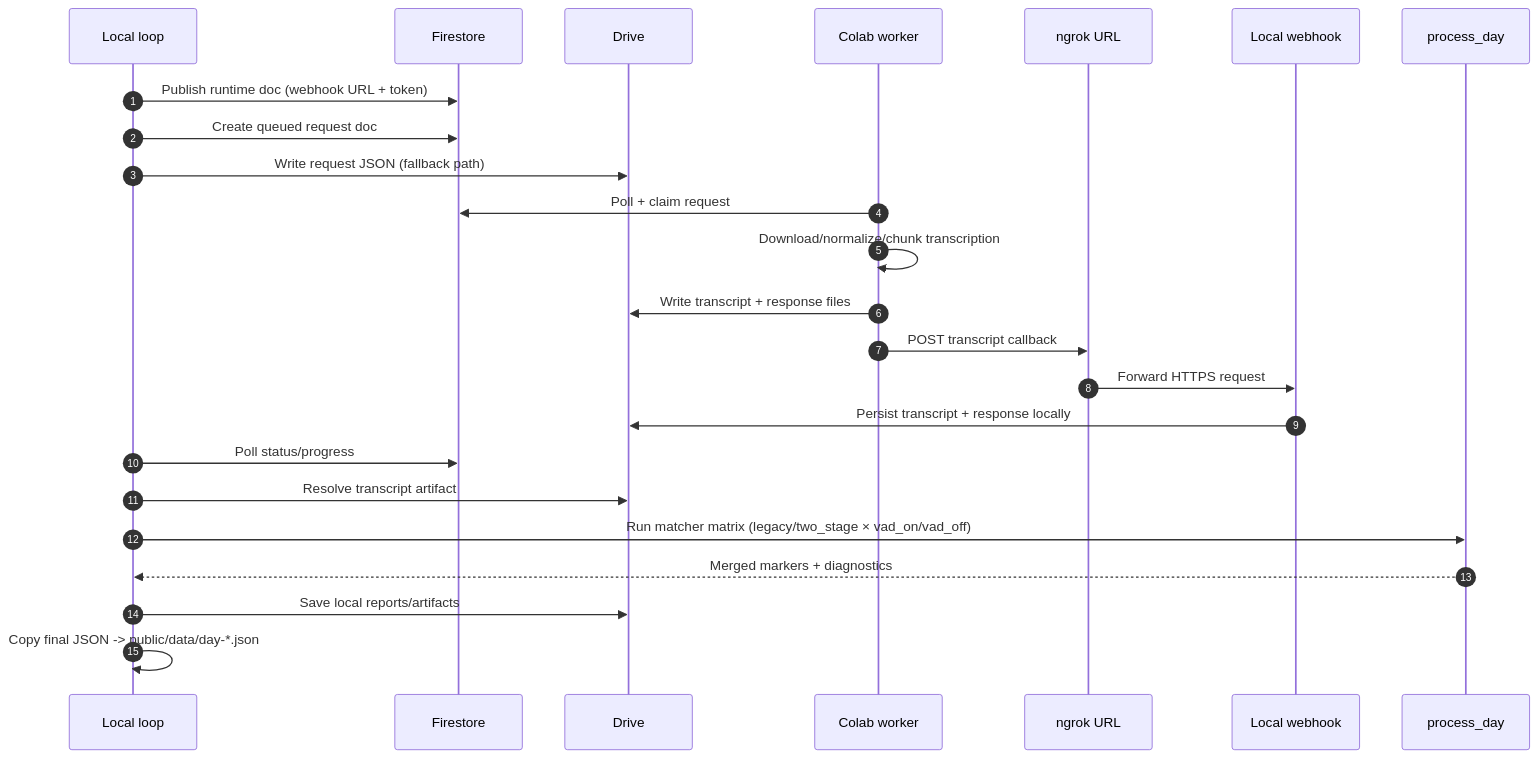
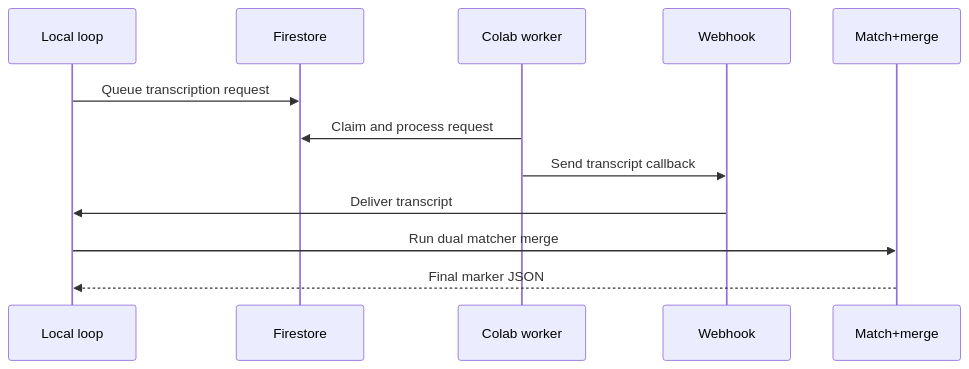
Before and after one commit to Himikid/andalus-taraweeh: the second of 2 diagrams in docs/ARCHITECTURE.md, drawn with Mermaid. The commit also changed other lines of this file and 1 other file, not shown here.

Commit message:
docs: simplify architecture diagrams

````diff
--- a/docs/ARCHITECTURE.md
+++ b/docs/ARCHITECTURE.md
@@ -60,27 +21,15 @@
 ```mermaid
 sequenceDiagram
-    autonumber
     participant L as Local loop
     participant F as Firestore
-    participant D as Drive
     participant C as Colab worker
-    participant N as ngrok URL
-    participant W as Local webhook
-    participant P as process_day
+    participant W as Webhook
+    participant M as Match+merge
 
-    L->>F: Publish runtime doc (webhook URL + token)
-    L->>F: Create queued request doc
-    L->>D: Write request JSON (fallback path)
-    C->>F: Poll + claim request
-    C->>C: Download/normalize/chunk transcription
-    C->>D: Write transcript + response files
-    C->>N: POST transcript callback
-    N->>W: Forward HTTPS request
-    W->>D: Persist transcript + response locally
-    L->>F: Poll status/progress
-    L->>D: Resolve transcript artifact
-    L->>P: Run matcher matrix (legacy/two_stage × vad_on/vad_off)
-    P-->>L: Merged markers + diagnostics
-    L->>D: Save local reports/artifacts
-    L->>L: Copy final JSON -> public/data/day-*.json
+    L->>F: Queue transcription request
+    C->>F: Claim and process request
+    C->>W: Send transcript callback
+    W->>L: Deliver transcript
+    L->>M: Run dual matcher merge
+    M-->>L: Final marker JSON
 ```
````
